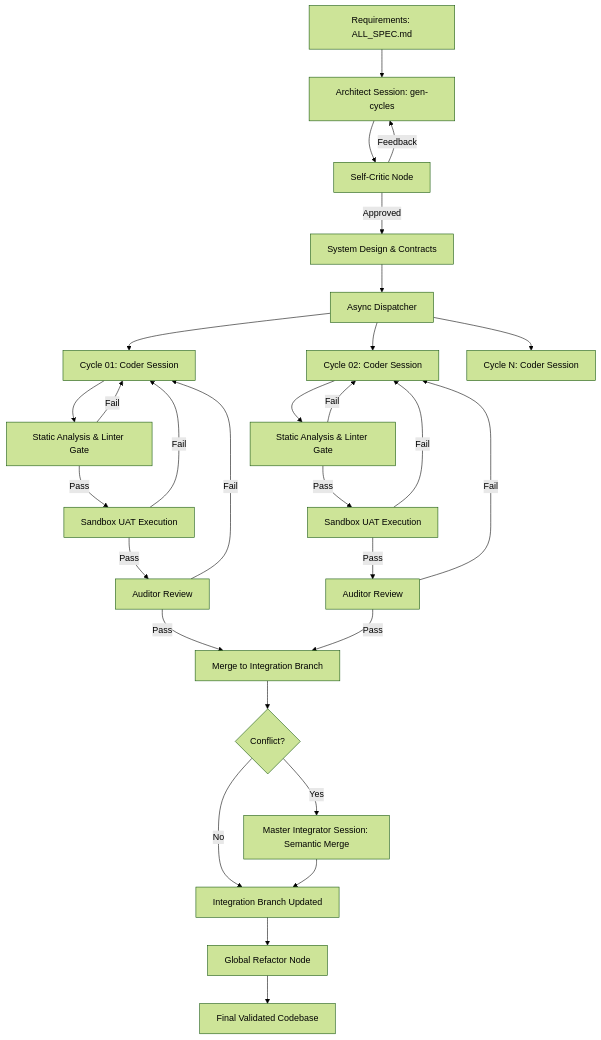
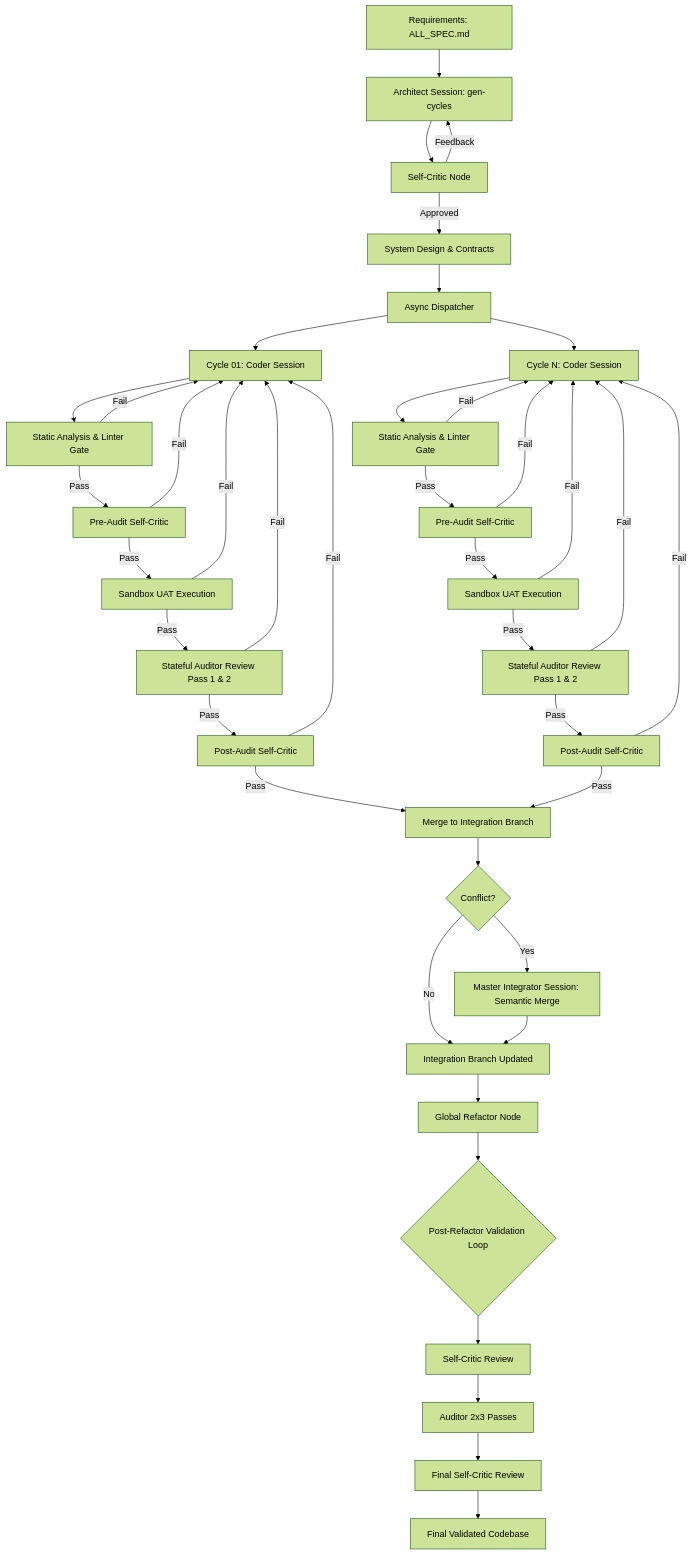
Before and after one commit to tsuyama1990/nitpickers: the diagram in dev_documents/system_prompts/SYSTEM_ARCHITECTURE.md, drawn with Mermaid (forest theme). The commit also changed other lines of this file and 9 other files, not shown here.

First line of the commit message:
feat: Generate system architecture, cycle specifications and self-critic review

````diff
--- a/dev_documents/system_prompts/SYSTEM_ARCHITECTURE.md
+++ b/dev_documents/system_prompts/SYSTEM_ARCHITECTURE.md
@@ -24,35 +26,46 @@
 ```mermaid
 graph TD
     A[Requirements: ALL_SPEC.md] --> B[Architect Session: gen-cycles]
     B --> C[Self-Critic Node]
     C -->|Feedback| B
     C -->|Approved| D[System Design & Contracts]
     D --> E[Async Dispatcher]
 
     E --> F[Cycle 01: Coder Session]
-    E --> G[Cycle 02: Coder Session]
-    E --> H[Cycle N: Coder Session]
+    E --> G[Cycle N: Coder Session]
 
     F --> I[Static Analysis & Linter Gate]
     I -->|Fail| F
-    I -->|Pass| J[Sandbox UAT Execution]
+    I -->|Pass| J[Pre-Audit Self-Critic]
     J -->|Fail| F
-    J -->|Pass| K[Auditor Review]
+    J -->|Pass| K[Sandbox UAT Execution]
     K -->|Fail| F
-    K -->|Pass| L[Merge to Integration Branch]
+    K -->|Pass| L[Stateful Auditor Review Pass 1 & 2]
+    L -->|Fail| F
+    L -->|Pass| M[Post-Audit Self-Critic]
+    M -->|Fail| F
+    M -->|Pass| N[Merge to Integration Branch]
 
     G --> I2[Static Analysis & Linter Gate]
     I2 -->|Fail| G
-    I2 -->|Pass| J2[Sandbox UAT Execution]
+    I2 -->|Pass| J2[Pre-Audit Self-Critic]
     J2 -->|Fail| G
-    J2 -->|Pass| K2[Auditor Review]
+    J2 -->|Pass| K2[Sandbox UAT Execution]
     K2 -->|Fail| G
-    K2 -->|Pass| L
+    K2 -->|Pass| L2[Stateful Auditor Review Pass 1 & 2]
+    L2 -->|Fail| G
+    L2 -->|Pass| M2[Post-Audit Self-Critic]
+    M2 -->|Fail| G
+    M2 -->|Pass| N
 
-    L --> M{Conflict?}
-    M -->|Yes| N[Master Integrator Session: Semantic Merge]
-    M -->|No| O[Integration Branch Updated]
-    N --> O
-    O --> P[Global Refactor Node]
-    P --> Q[Final Validated Codebase]
+    N --> O{Conflict?}
+    O -->|Yes| P[Master Integrator Session: Semantic Merge]
+    O -->|No| Q[Integration Branch Updated]
+    P --> Q
+    Q --> R[Global Refactor Node]
+    R --> S{Post-Refactor Validation Loop}
+    S --> T[Self-Critic Review]
+    T --> U[Auditor 2x3 Passes]
+    U --> V[Final Self-Critic Review]
+    V --> W[Final Validated Codebase]
 ```
````
